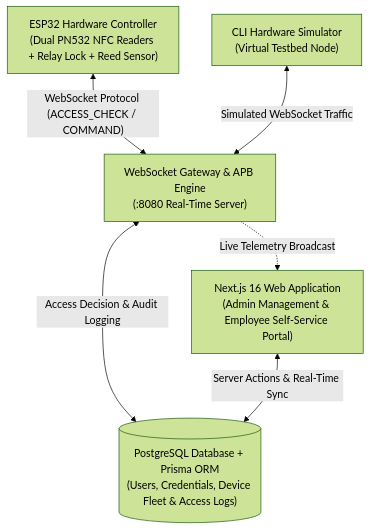
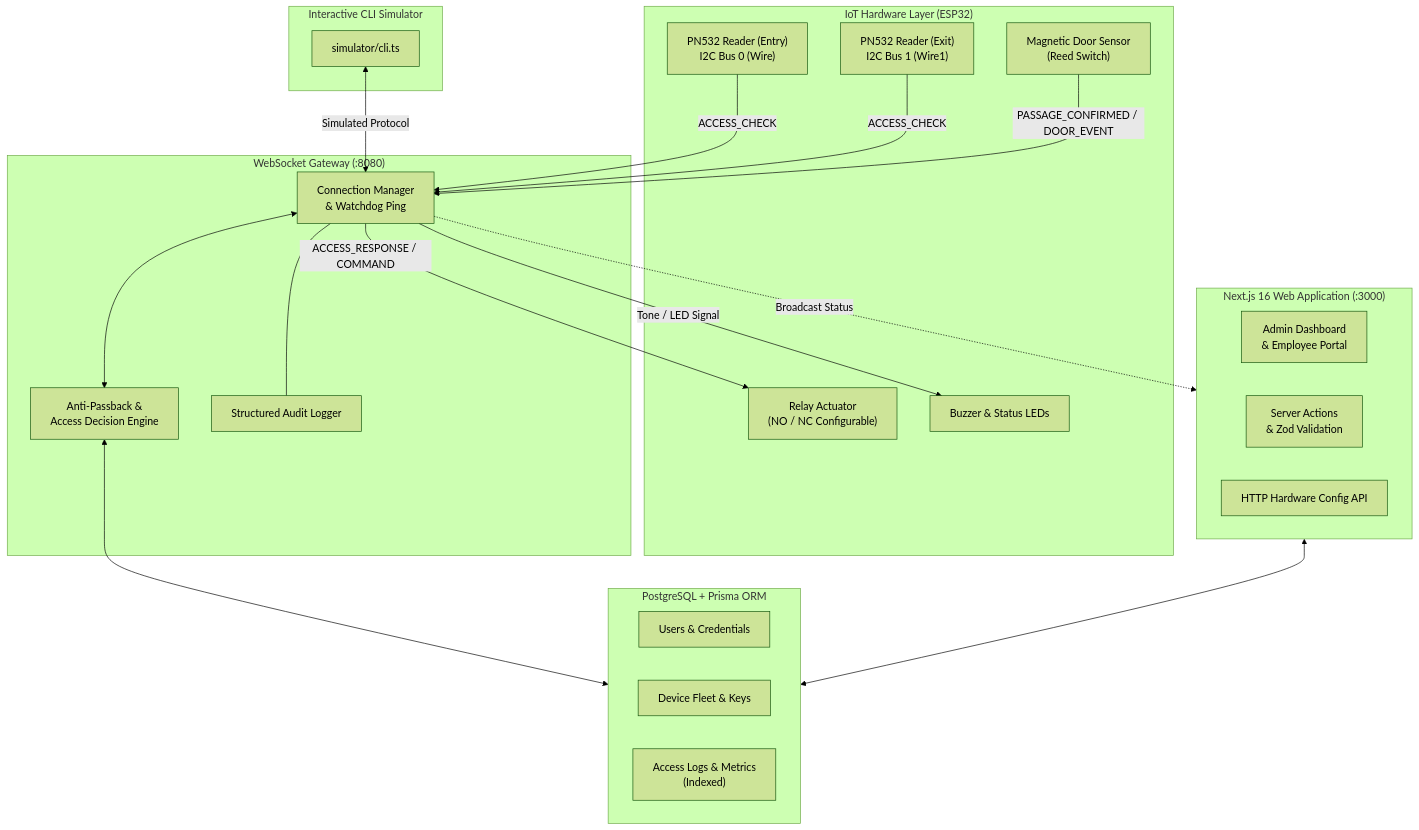
Before and after one commit to dima91020/KeyFlowy: the diagram in README.md, drawn with Mermaid (forest theme).

````diff
--- a/README.md
+++ b/README.md
@@ -27,14 +27,46 @@
 ```mermaid
 flowchart TB
-    Hardware["ESP32 Hardware Controller\n(Dual PN532 NFC Readers + Relay Lock + Reed Sensor)"]
-    Simulator["CLI Hardware Simulator\n(Virtual Testbed Node)"]
-    Gateway["WebSocket Gateway & APB Engine\n(:8080 Real-Time Server)"]
-    Database[("PostgreSQL Database + Prisma ORM\n(Users, Credentials, Device Fleet & Access Logs)")]
-    WebApp["Next.js 16 Web Application\n(Admin Management & Employee Self-Service Portal)"]
+    subgraph Hardware["IoT Hardware Layer (ESP32)"]
+        NFC_IN["PN532 Reader (Entry)\nI2C Bus 0 (Wire)"]
+        NFC_OUT["PN532 Reader (Exit)\nI2C Bus 1 (Wire1)"]
+        RELAY["Relay Actuator\n(NO / NC Configurable)"]
+        SENSOR["Magnetic Door Sensor\n(Reed Switch)"]
+        BUZZER["Buzzer & Status LEDs"]
+    end
 
-    Hardware <-->|"WebSocket Protocol (ACCESS_CHECK / COMMAND)"| Gateway
-    Simulator <-->|"Simulated WebSocket Traffic"| Gateway
-    Gateway <-->|"Access Decision & Audit Logging"| Database
-    WebApp <-->|"Server Actions & Real-Time Sync"| Database
-    Gateway -.->|"Live Telemetry Broadcast"| WebApp
+    subgraph Gateway["WebSocket Gateway (:8080)"]
+        WS_SRV["Connection Manager\n& Watchdog Ping"]
+        APB_ENG["Anti-Passback &\nAccess Decision Engine"]
+        LOGGER["Structured Audit Logger"]
+    end
+
+    subgraph WebApp["Next.js 16 Web Application (:3000)"]
+        DASH["Admin Dashboard\n& Employee Portal"]
+        ACTIONS["Server Actions\n& Zod Validation"]
+        API["HTTP Hardware Config API"]
+    end
+
+    subgraph Database["PostgreSQL + Prisma ORM"]
+        USERS["Users & Credentials"]
+        DEVICES["Device Fleet & Keys"]
+        LOGS["Access Logs & Metrics\n(Indexed)"]
+    end
+
+    subgraph Simulator["Interactive CLI Simulator"]
+        SIM_CLI["simulator/cli.ts"]
+    end
+
+    NFC_IN -->|ACCESS_CHECK| WS_SRV
+    NFC_OUT -->|ACCESS_CHECK| WS_SRV
+    SENSOR -->|PASSAGE_CONFIRMED / DOOR_EVENT| WS_SRV
+    WS_SRV -->|ACCESS_RESPONSE / COMMAND| RELAY
+    WS_SRV -->|Tone / LED Signal| BUZZER
+
+    SIM_CLI <-->|Simulated Protocol| WS_SRV
+
+    WS_SRV <--> APB_ENG
+    APB_ENG <--> Database
+    WS_SRV --- LOGGER
+    WebApp <--> Database
+    WS_SRV -.->|Broadcast Status| WebApp
 ```
````
